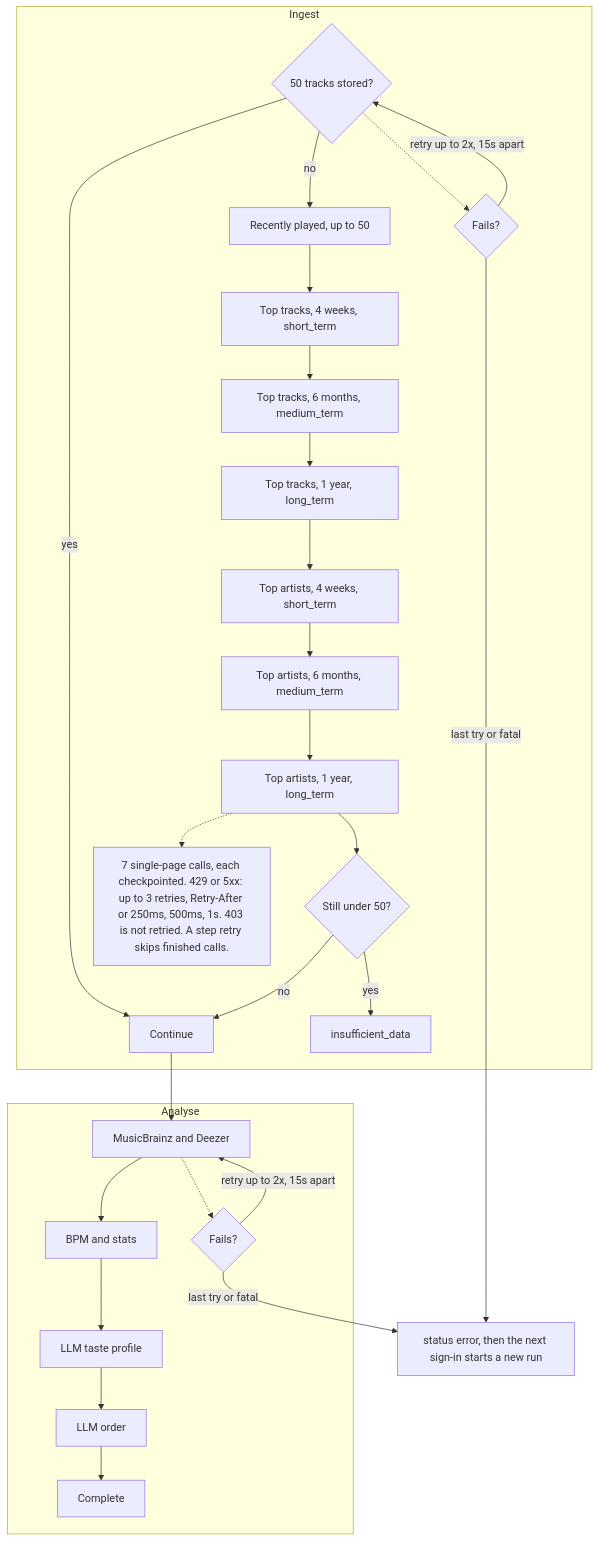
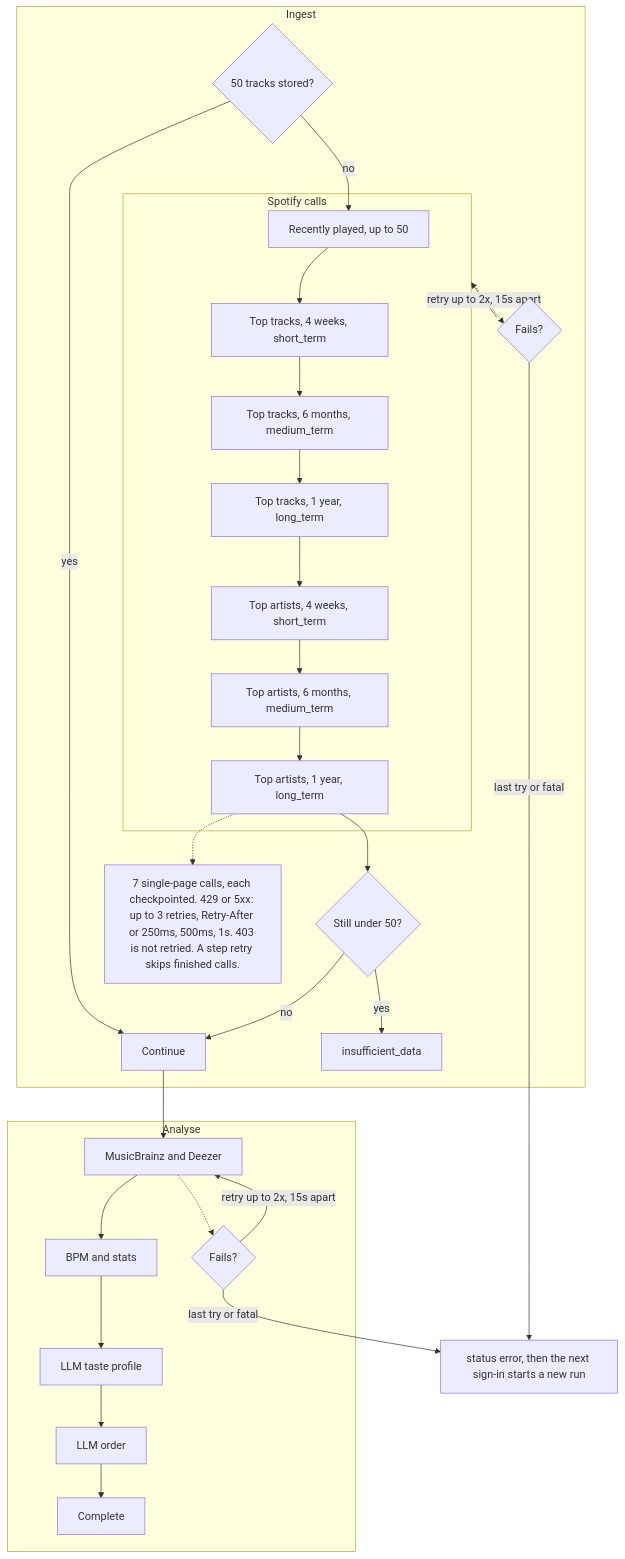
Before and after one commit to laurence-presland/spotdonalds: the diagram in docs/architecture/ingestion-workflow.mmd, drawn with Mermaid. The commit also changed 3 other files, not shown here.

First line of the commit message:
Group the Spotify calls and retry that group as one step.

```diff
--- a/docs/architecture/ingestion-workflow.mmd
+++ b/docs/architecture/ingestion-workflow.mmd
@@ -1,28 +1,31 @@
 flowchart TD
   subgraph ingest["Ingest"]
     count{"50 tracks stored?"} -->|yes| go["Continue"]
-    count -->|no| recent["Recently played, up to 50"]
-    recent --> ttShort["Top tracks, 4 weeks, short_term"]
-    ttShort --> ttMed["Top tracks, 6 months, medium_term"]
-    ttMed --> ttLong["Top tracks, 1 year, long_term"]
-    ttLong --> taShort["Top artists, 4 weeks, short_term"]
-    taShort --> taMed["Top artists, 6 months, medium_term"]
-    taMed --> taLong["Top artists, 1 year, long_term"]
+    count -->|no| recent
+    subgraph spotify["Spotify calls"]
+      recent["Recently played, up to 50"]
+      recent --> ttShort["Top tracks, 4 weeks, short_term"]
+      ttShort --> ttMed["Top tracks, 6 months, medium_term"]
+      ttMed --> ttLong["Top tracks, 1 year, long_term"]
+      ttLong --> taShort["Top artists, 4 weeks, short_term"]
+      taShort --> taMed["Top artists, 6 months, medium_term"]
+      taMed --> taLong["Top artists, 1 year, long_term"]
+    end
     taLong --> still{"Still under 50?"}
     still -->|yes| short["insufficient_data"]
     still -->|no| go
-    count -.-> iFail{"Fails?"}
-    iFail -->|retry up to 2x, 15s apart| count
+    spotify -.-> iFail{"Fails?"}
+    iFail -->|retry up to 2x, 15s apart| spotify
     taLong -.-> calls["7 single-page calls, each checkpointed. 429 or 5xx: up to 3 retries, Retry-After or 250ms, 500ms, 1s. 403 is not retried. A step retry skips finished calls."]
   end
   go --> enrich
   subgraph analyse["Analyse"]
     enrich["MusicBrainz and Deezer"] --> stats["BPM and stats"]
     stats --> profile["LLM taste profile"]
     profile --> order["LLM order"]
     order --> done["Complete"]
     enrich -.-> aFail{"Fails?"}
     aFail -->|retry up to 2x, 15s apart| enrich
   end
   iFail -->|last try or fatal| err["status error, then the next sign-in starts a new run"]
   aFail -->|last try or fatal| err
```
